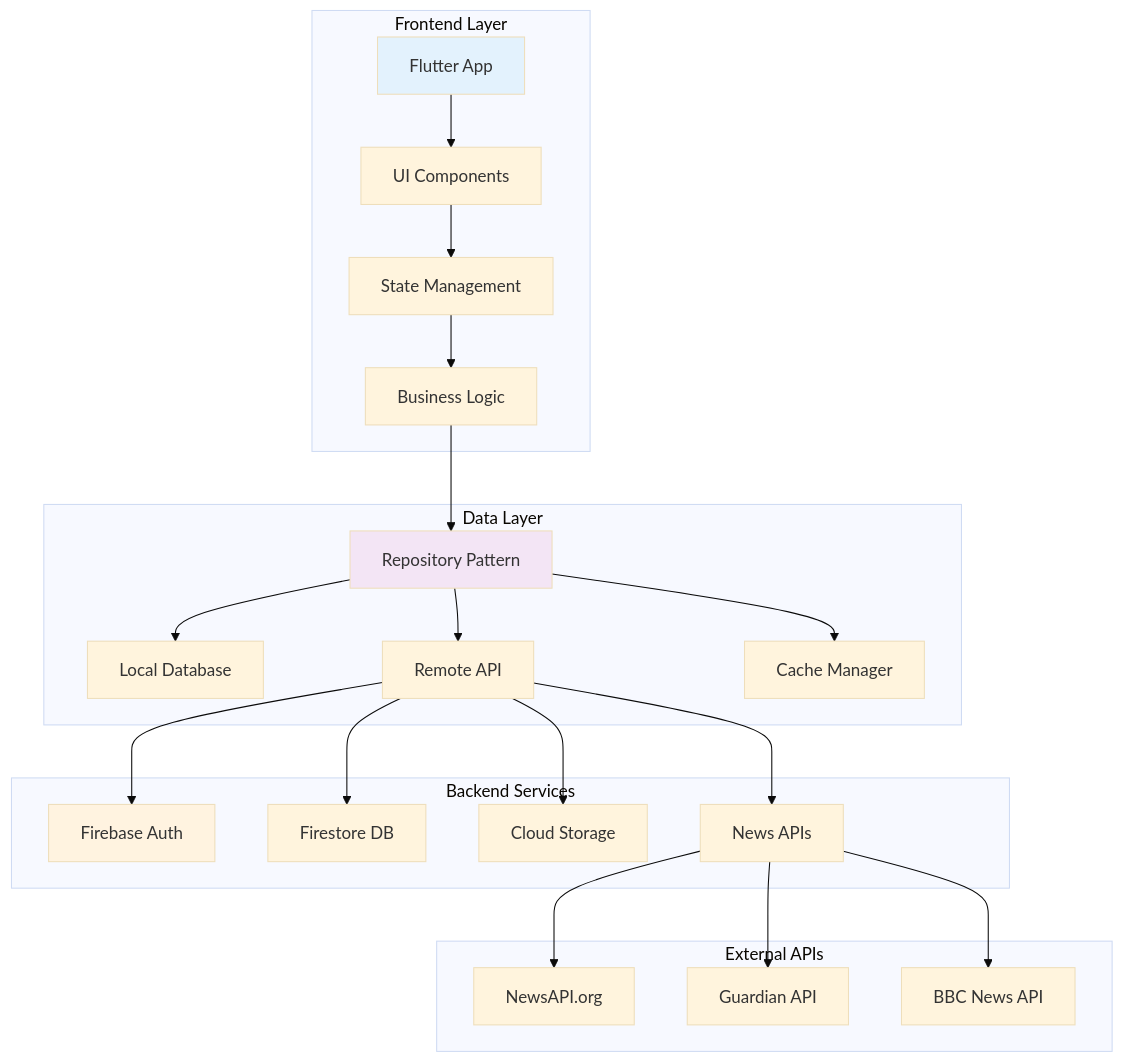
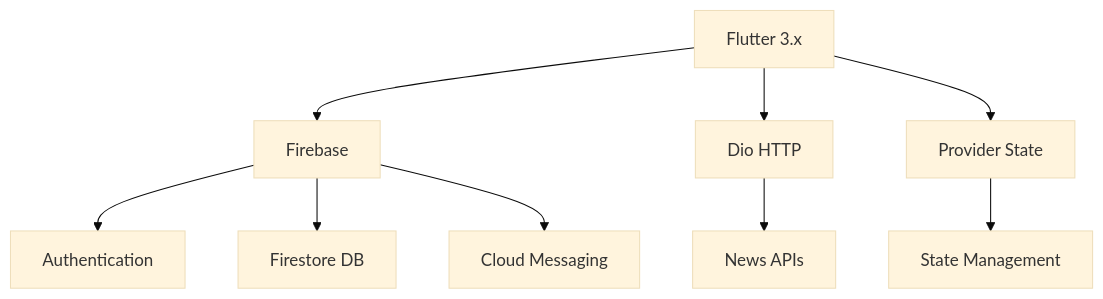
Before and after one commit to Maftuuh1922/aplikasi_berita: the diagram in README.md, drawn with Mermaid (base theme). The commit also changed other lines of this file, not shown here.

````diff
--- a/README.md
+++ b/README.md
@@ -150,32 +78,11 @@
 ```mermaid
-graph TB
-    subgraph "Frontend Layer"
-        A[Flutter App] --> B[UI Components]
-        B --> C[State Management]
-        C --> D[Business Logic]
-    end
-    
-    subgraph "Data Layer"
-        D --> E[Repository Pattern]
-        E --> F[Local Database]
-        E --> G[Remote API]
-        E --> H[Cache Manager]
-    end
-    
-    subgraph "Backend Services"
-        G --> I[Firebase Auth]
-        G --> J[Firestore DB]
-        G --> K[Cloud Storage]
-        G --> L[News APIs]
-    end
-    
-    subgraph "External APIs"
-        L --> M[NewsAPI.org]
-        L --> N[Guardian API]
-        L --> O[BBC News API]
-    end
-    
-    style A fill:#E3F2FD
-    style E fill:#F3E5F5
-    style I fill:#FFF3E0
+graph TD
+    A[Flutter 3.x] --> B[Firebase]
+    A --> C[Dio HTTP]
+    A --> D[Provider State]
+    B --> E[Authentication]
+    B --> F[Firestore DB]
+    B --> G[Cloud Messaging]
+    C --> H[News APIs]
+    D --> I[State Management]
 ```
````
